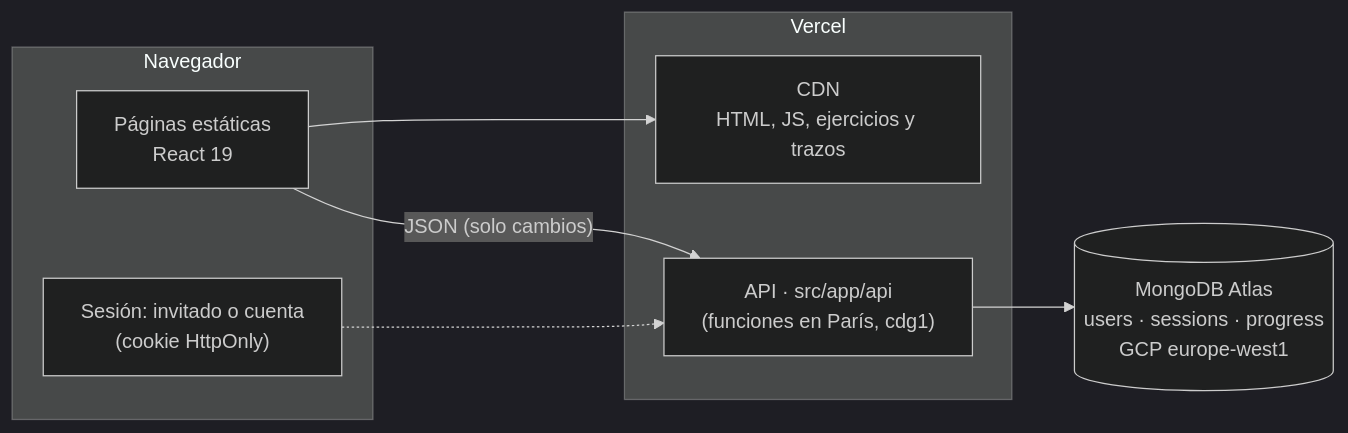
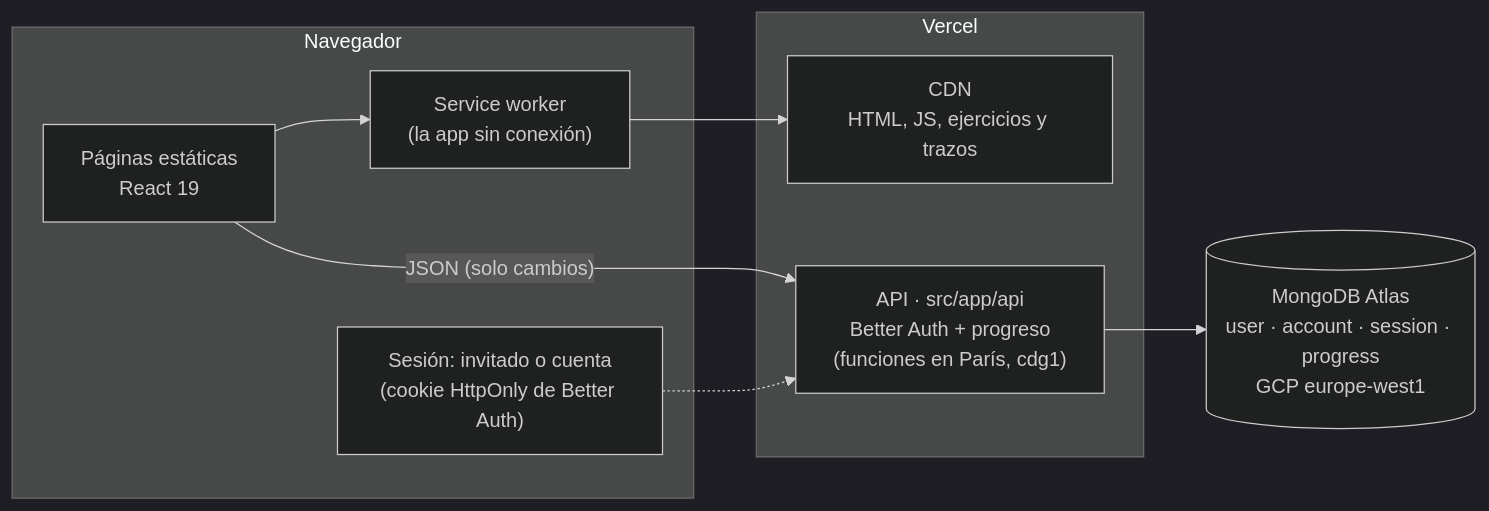
One commit to Pablo-Caballero-Maria/sinophile changed the second of 3 diagrams in README.md. Above: the diagram before and after it, drawn with Mermaid (dark theme). The commit also changed other lines of this file and 2 other files, not shown here.

Commit message:
1.2.0: Better Auth, offline, light theme by default (README, changelog)

````diff
--- a/README.md
+++ b/README.md
@@ -133,16 +140,17 @@
 ```mermaid
 flowchart LR
     subgraph Navegador
         UI["Páginas estáticas<br/>React 19"]
-        S["Sesión: invitado o cuenta<br/>(cookie HttpOnly)"]
+        S["Sesión: invitado o cuenta<br/>(cookie HttpOnly de Better Auth)"]
+        SW["Service worker<br/>(la app sin conexión)"]
     end
     subgraph Vercel
         CDN["CDN<br/>HTML, JS, ejercicios y trazos"]
-        API["API · src/app/api<br/>(funciones en París, cdg1)"]
+        API["API · src/app/api<br/>Better Auth + progreso<br/>(funciones en París, cdg1)"]
     end
-    DB[("MongoDB Atlas<br/>users · sessions · progress<br/>GCP europe-west1")]
-    UI --> CDN
+    DB[("MongoDB Atlas<br/>user · account · session · progress<br/>GCP europe-west1")]
+    UI --> SW --> CDN
     UI -- "JSON (solo cambios)" --> API
     API --> DB
     S -.-> API
 ```
````
